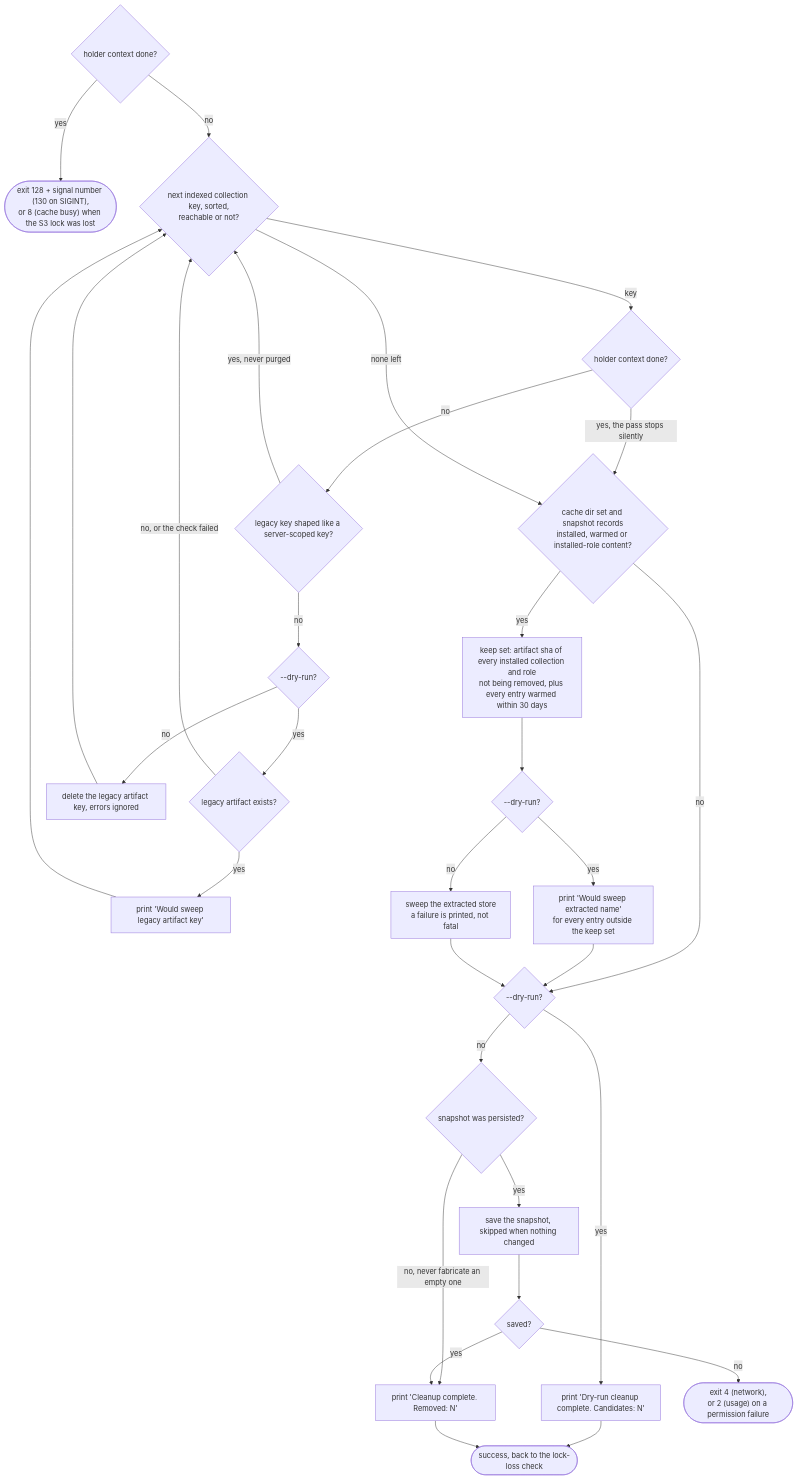
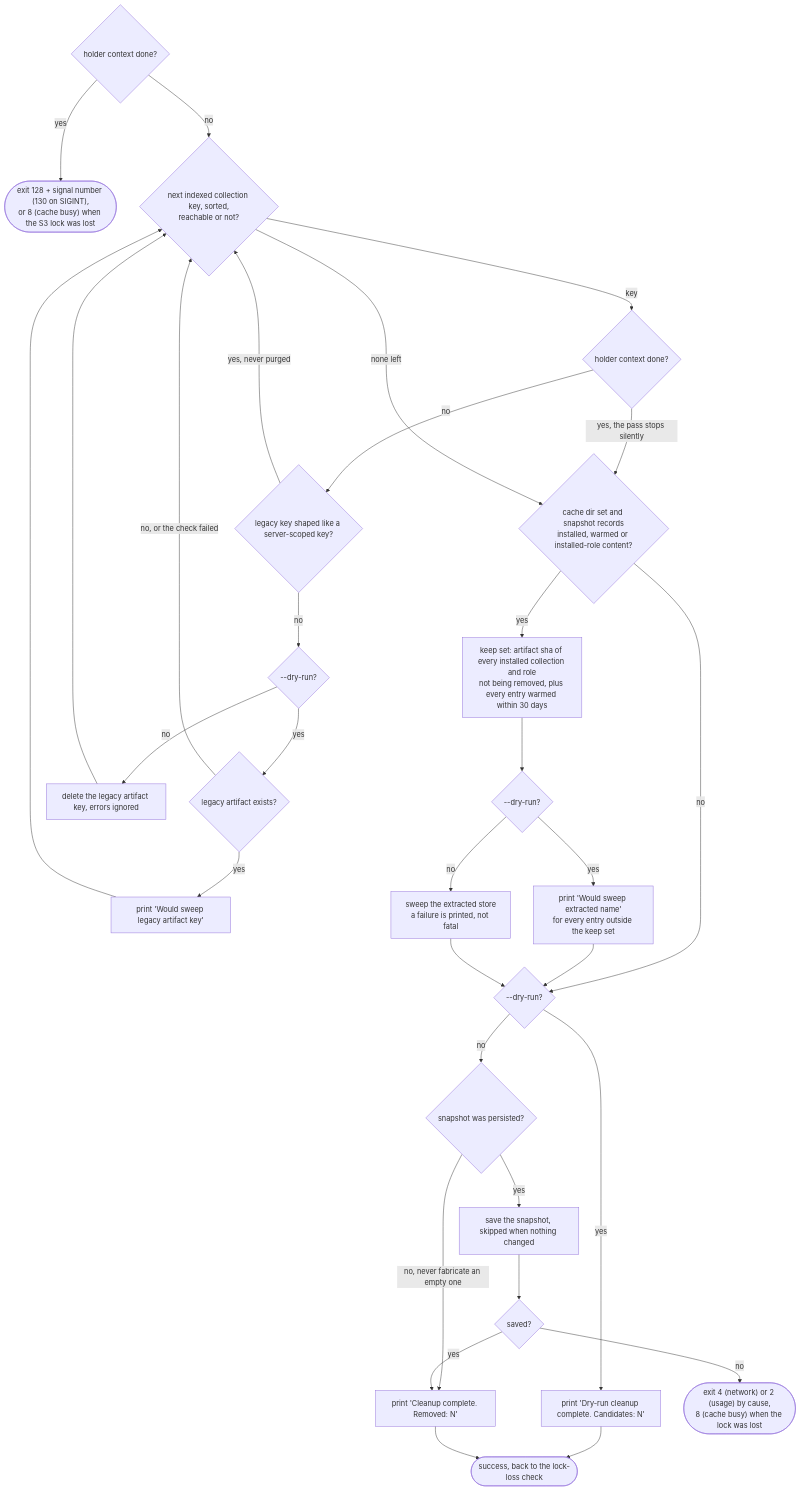
Diagram 34 of 48 in docs/commands.md (greeddj/go-galaxy), drawn with Mermaid before and after one commit. The commit also changed other lines of this file and 5 other files, not shown here.

First line of the commit message:
fix(cache)!: exit 4, not 1, on unusable S3 list, delete and PUT replies

````diff
--- a/docs/commands.md
+++ b/docs/commands.md
@@ -1779,34 +1779,34 @@
 ```mermaid
 flowchart TD
     S0{"holder context done?"} -->|"yes"| XC(["exit 128 + signal number (130 on SIGINT),<br/>or 8 (cache busy) when the S3 lock was lost"])
     S0 -->|"no"| L0{"next indexed collection key, sorted,<br/>reachable or not?"}
     L0 -->|"key"| LCtx{"holder context done?"}
     LCtx -->|"yes, the pass stops silently"| E0
     LCtx -->|"no"| LShape{"legacy key shaped like a server-scoped key?"}
     LShape -->|"yes, never purged"| L0
     LShape -->|"no"| LDry{"--dry-run?"}
     LDry -->|"yes"| LHas{"legacy artifact exists?"}
     LHas -->|"yes"| LWould["print 'Would sweep legacy artifact key'"]
     LHas -->|"no, or the check failed"| L0
     LWould --> L0
     LDry -->|"no"| LDel["delete the legacy artifact key, errors ignored"]
     LDel --> L0
     L0 -->|"none left"| E0{"cache dir set and snapshot records<br/>installed, warmed or installed-role content?"}
     E0 -->|"no"| Fin
     E0 -->|"yes"| Keep["keep set: artifact sha of every installed collection and role<br/>not being removed, plus every entry warmed within 30 days"]
     Keep --> EDry{"--dry-run?"}
     EDry -->|"yes"| EWould["print 'Would sweep extracted name'<br/>for every entry outside the keep set"]
     EDry -->|"no"| ESweep["sweep the extracted store<br/>a failure is printed, not fatal"]
     EWould --> Fin
     ESweep --> Fin
     Fin{"--dry-run?"}
     Fin -->|"yes"| FDry["print 'Dry-run cleanup complete. Candidates: N'"]
     Fin -->|"no"| Pers{"snapshot was persisted?"}
     Pers -->|"no, never fabricate an empty one"| FDone["print 'Cleanup complete. Removed: N'"]
     Pers -->|"yes"| Save["save the snapshot, skipped when nothing changed"]
     Save --> SaveOK{"saved?"}
-    SaveOK -->|"no"| X4(["exit 4 (network),<br/>or 2 (usage) on a permission failure"])
+    SaveOK -->|"no"| X4(["exit 4 (network) or 2 (usage) by cause,<br/>8 (cache busy) when the lock was lost"])
     SaveOK -->|"yes"| FDone
     FDry --> X0(["success, back to the lock-loss check"])
     FDone --> X0
 ```
````
